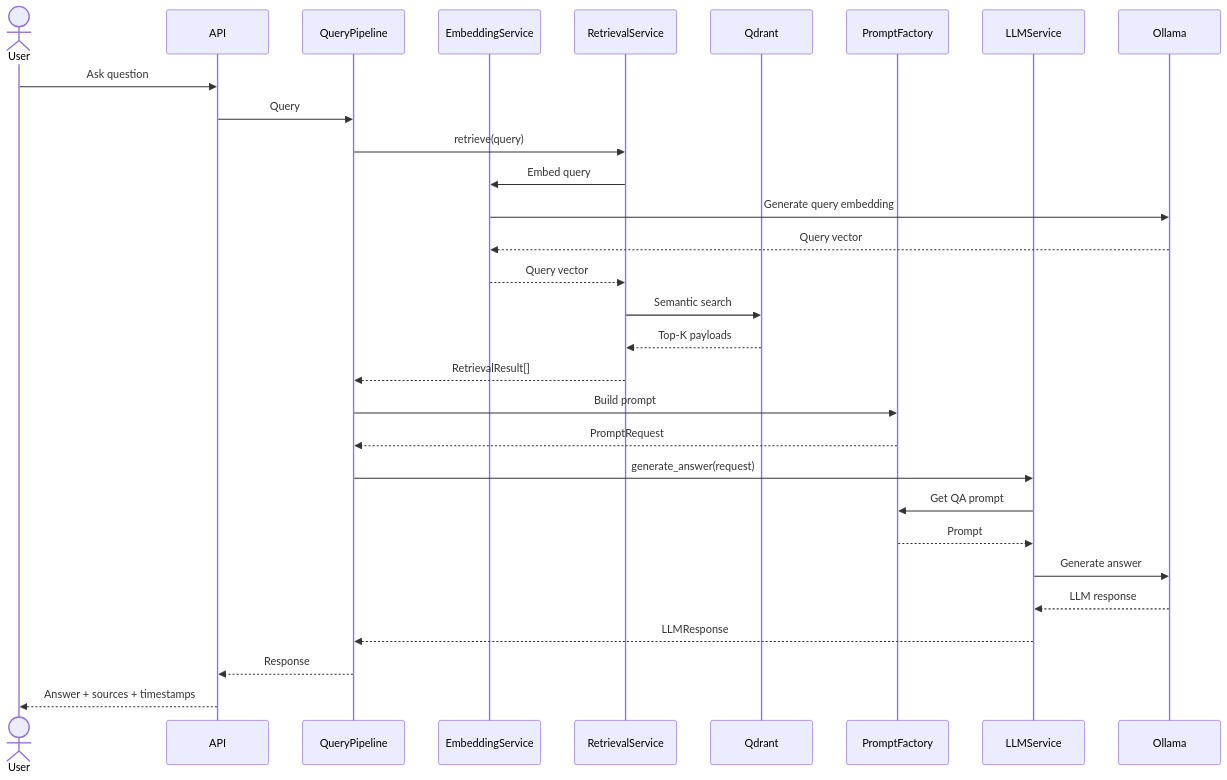
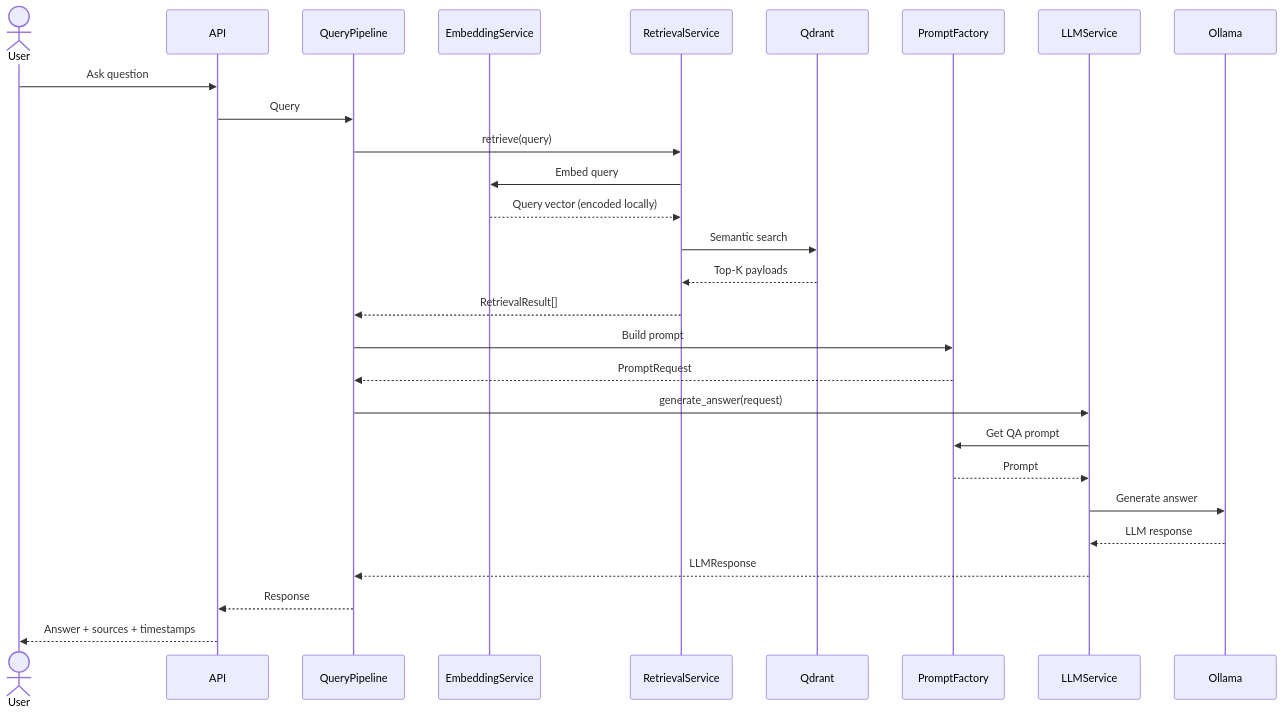
One commit to Ved3205/ai-meeting-intelligence changed diagram 12 of 28 in docs/architecture.md. Above: the diagram before and after it, drawn with Mermaid. The commit also changed other lines of this file and 2 other files, not shown here.

Commit message:
docs: fix embedding description, add offline app section and Inno Setup script

````diff
--- a/docs/architecture.md
+++ b/docs/architecture.md
@@ -463,54 +456,50 @@
 ```mermaid
 sequenceDiagram
 
     actor User
 
     participant API
     participant QP as QueryPipeline
     participant ES as EmbeddingService
     participant RS as RetrievalService
     participant Qdrant
     participant PF as PromptFactory
     participant LLM as LLMService
     participant Ollama
 
     User->>API: Ask question
 
     API->>QP: Query
 
     QP->>RS: retrieve(query)
 
     RS->>ES: Embed query
 
-    ES->>Ollama: Generate query embedding
-
-    Ollama-->>ES: Query vector
-
-    ES-->>RS: Query vector
+    ES-->>RS: Query vector (encoded locally)
 
     RS->>Qdrant: Semantic search
 
     Qdrant-->>RS: Top-K payloads
 
     RS-->>QP: RetrievalResult[]
 
     QP->>PF: Build prompt
 
     PF-->>QP: PromptRequest
 
     QP->>LLM: generate_answer(request)
 
     LLM->>PF: Get QA prompt
 
     PF-->>LLM: Prompt
 
     LLM->>Ollama: Generate answer
 
     Ollama-->>LLM: LLM response
 
     LLM-->>QP: LLMResponse
 
     QP-->>API: Response
 
     API-->>User: Answer + sources + timestamps
 ```
````
